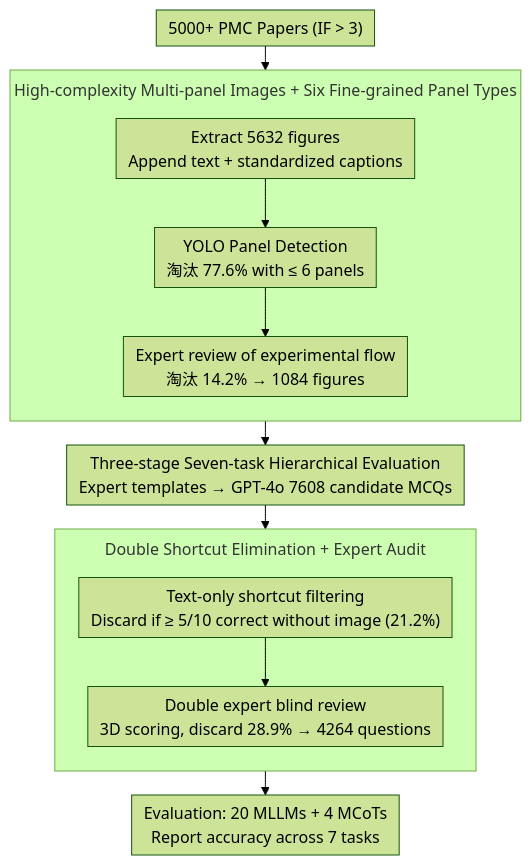
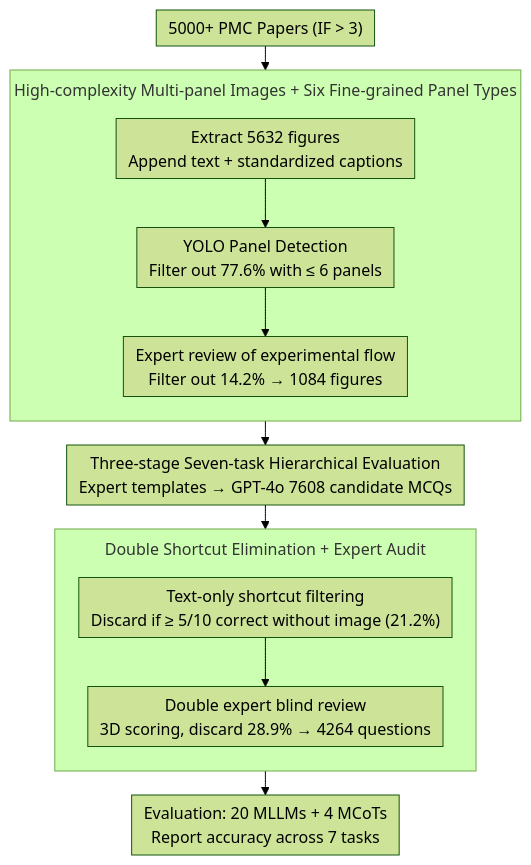
One commit to zhaoyang97/Paper-Notes-en changed the diagram in docs/ACL2026/vlm_reasoning/decoding_scientific_experimental_images_the_spur_benchmark_for_perception_unders.md. Above: the diagram before and after it, drawn with Mermaid (forest theme). The commit also changed 644 other files, not shown here.

````diff
--- a/docs/ACL2026/vlm_reasoning/decoding_scientific_experimental_images_the_spur_benchmark_for_perception_unders.md
+++ b/docs/ACL2026/vlm_reasoning/decoding_scientific_experimental_images_the_spur_benchmark_for_perception_unders.md
@@ -47,17 +47,17 @@
 ```mermaid
 %%{init: {'flowchart': {'rankSpacing': 24, 'nodeSpacing': 28, 'padding': 6, 'wrappingWidth': 400, 'subGraphTitleMargin': {'top': 8, 'bottom': 16}}}}%%
 flowchart TD
     A["5000+ PMC Papers (IF &gt; 3)"] --> SG1
     subgraph SG1["High-complexity Multi-panel Images + Six Fine-grained Panel Types"]
         direction TB
-        B["Extract 5632 figures<br/>Append text + standardized captions"] --> C["YOLO Panel Detection<br/>淘汰 77.6% with ≤ 6 panels"]
-        C --> D["Expert review of experimental flow<br/>淘汰 14.2% → 1084 figures"]
+        B["Extract 5632 figures<br/>Append text + standardized captions"] --> C["YOLO Panel Detection<br/>Filter out 77.6% with ≤ 6 panels"]
+        C --> D["Expert review of experimental flow<br/>Filter out 14.2% → 1084 figures"]
     end
     SG1 --> E["Three-stage Seven-task Hierarchical Evaluation<br/>Expert templates → GPT-4o 7608 candidate MCQs"]
     E --> SG2
     subgraph SG2["Double Shortcut Elimination + Expert Audit"]
         direction TB
         G["Text-only shortcut filtering<br/>Discard if ≥ 5/10 correct without image (21.2%)"] --> H["Double expert blind review<br/>3D scoring, discard 28.9% → 4264 questions"]
     end
     SG2 --> I["Evaluation: 20 MLLMs + 4 MCoTs<br/>Report accuracy across 7 tasks"]
 ```
````
